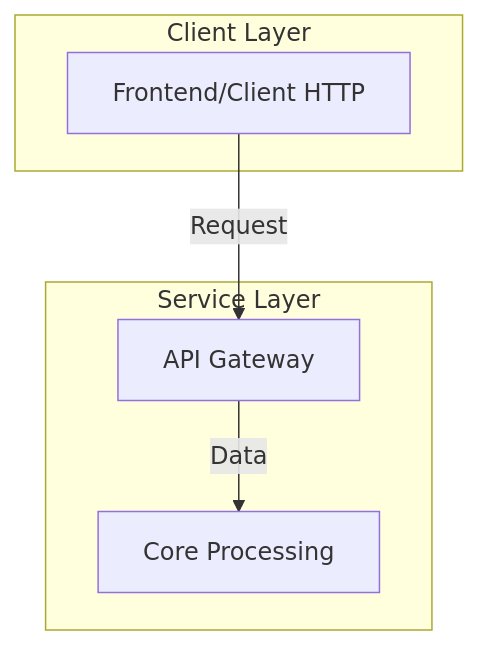
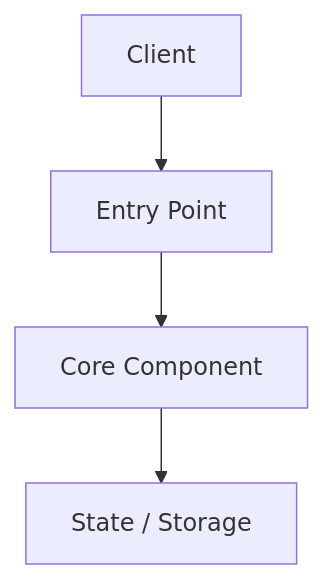
One commit to firehourse/DevoSkill changed the first of 2 diagrams in skills/devoskill/templates/architecture.md. Above: the diagram before and after it, drawn with Mermaid. The commit also changed other lines of this file and 13 other files, not shown here.

````diff
--- a/skills/devoskill/templates/architecture.md
+++ b/skills/devoskill/templates/architecture.md
@@ -13,14 +28,11 @@
 ```mermaid
 graph TD
-    subgraph Client Layer
-        Client[Frontend/Client HTTP]
-    end
+    Client[Client]
+    Entry[Entry Point]
+    Core[Core Component]
+    Store[State / Storage]
 
-    subgraph Service Layer
-        API[API Gateway]
-        Process[Core Processing]
-    end
-
-    Client -->|Request| API
-    API -->|Data| Process
+    Client --> Entry
+    Entry --> Core
+    Core --> Store
 ```
````
